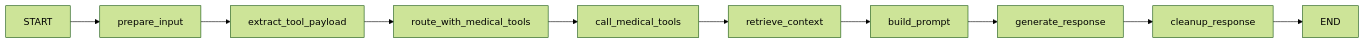
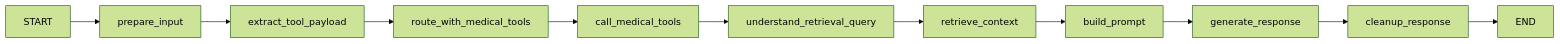
One commit to Ngoc-Quy-az1/VitalAI changed diagram 11 of 15 in doc/LangGraph_Tree.md. Above: the diagram before and after it, drawn with Mermaid (forest theme). The commit also changed other lines of this file and 31 other files, not shown here.

````diff
--- a/doc/LangGraph_Tree.md
+++ b/doc/LangGraph_Tree.md
@@ -536,4 +604,4 @@
 ```mermaid
 flowchart LR
-    START --> prepare_input --> extract_tool_payload --> route_with_medical_tools --> call_medical_tools --> retrieve_context --> build_prompt --> generate_response --> cleanup_response --> END
+    START --> prepare_input --> extract_tool_payload --> route_with_medical_tools --> call_medical_tools --> understand_retrieval_query --> retrieve_context --> build_prompt --> generate_response --> cleanup_response --> END
 ```
````
